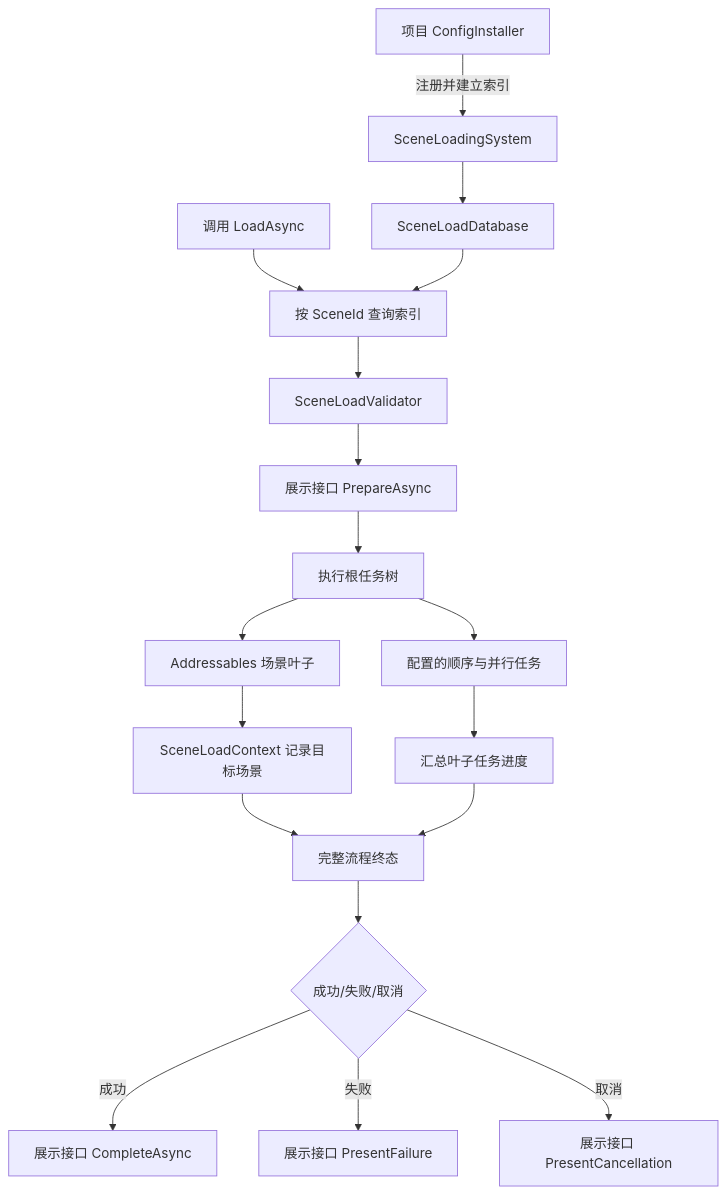
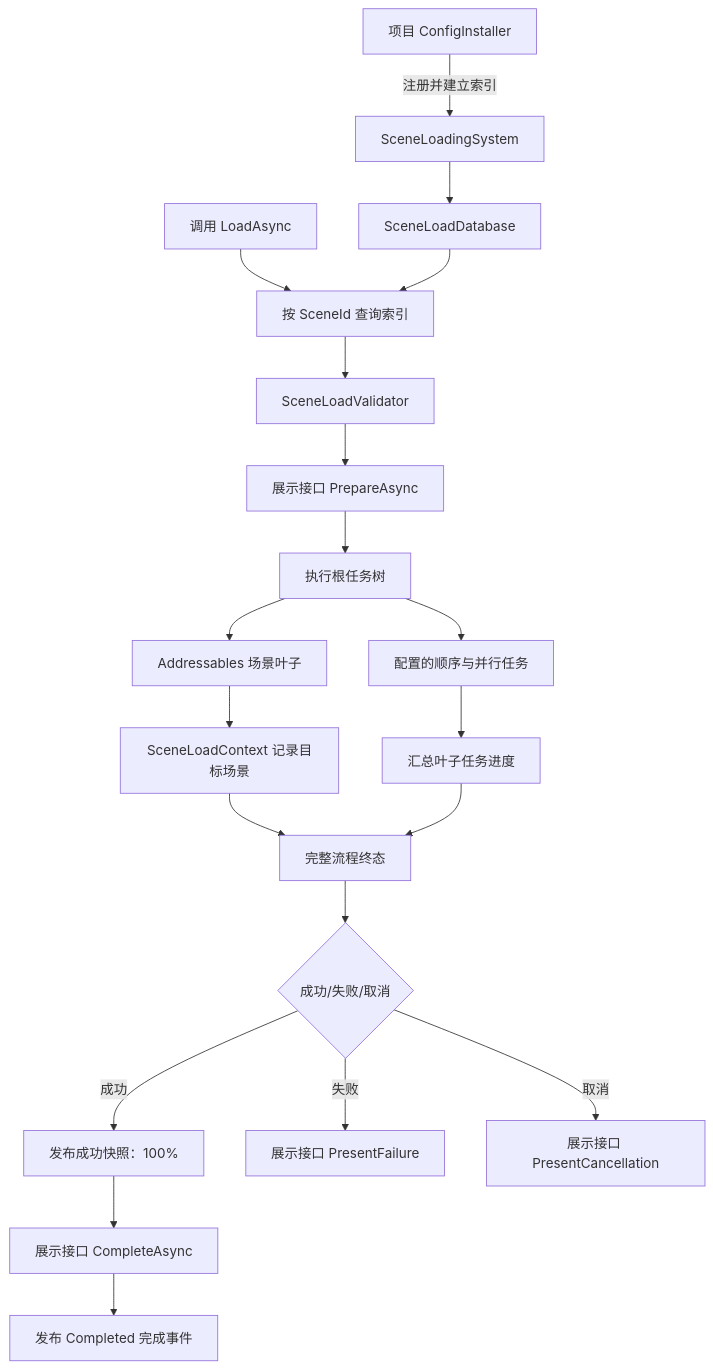
One commit to Whitesheeeep/3DRPG changed the first of 2 diagrams in Assets/Scripts/WSFrame/SceneSystem/Loading/SceneLoading_README.md. Above: the diagram before and after it, drawn with Mermaid. The commit also changed other lines of this file and 70 other files, not shown here.

````diff
--- a/Assets/Scripts/WSFrame/SceneSystem/Loading/SceneLoading_README.md
+++ b/Assets/Scripts/WSFrame/SceneSystem/Loading/SceneLoading_README.md
@@ -5,20 +5,22 @@
 ```mermaid
 flowchart TD
     A[项目 ConfigInstaller] -->|注册并建立索引| B[SceneLoadingSystem]
     B --> C[SceneLoadDatabase]
     D[调用 LoadAsync] --> E[按 SceneId 查询索引]
     C --> E
     E --> F[SceneLoadValidator]
     F --> G[展示接口 PrepareAsync]
     G --> H[执行根任务树]
     H --> I[Addressables 场景叶子]
     H --> J[配置的顺序与并行任务]
     I --> K[SceneLoadContext 记录目标场景]
     J --> L[汇总叶子任务进度]
     K --> M[完整流程终态]
     L --> M
     M --> N{成功/失败/取消}
-    N -->|成功| O[展示接口 CompleteAsync]
-    N -->|失败| P[展示接口 PresentFailure]
-    N -->|取消| Q[展示接口 PresentCancellation]
+    N -->|成功| O[发布成功快照：100%]
+    O --> P[展示接口 CompleteAsync]
+    P --> R[发布 Completed 完成事件]
+    N -->|失败| S[展示接口 PresentFailure]
+    N -->|取消| T[展示接口 PresentCancellation]
 ```
````
